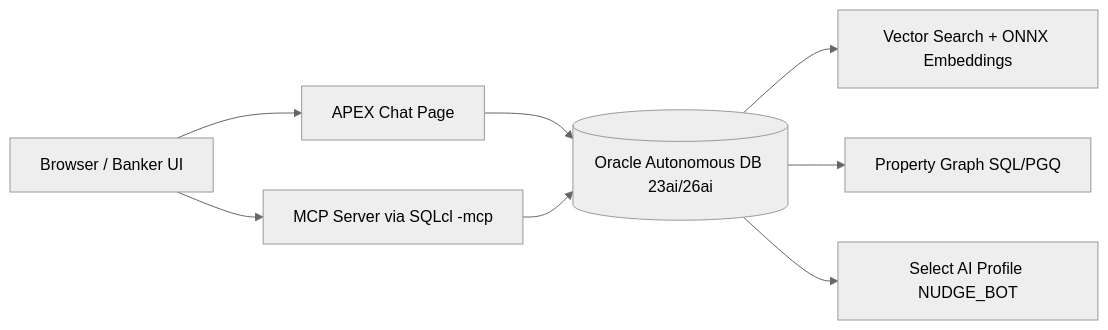
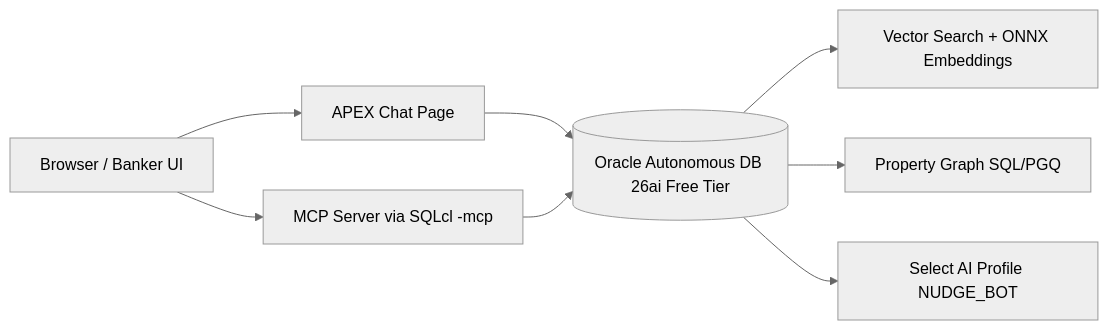
One commit to scriptautomation123/oracle-26ai-learning changed the diagram in README.md. Above: the diagram before and after it, drawn with Mermaid (neutral theme). The commit also changed other lines of this file and 2 other files, not shown here.

First line of the commit message:
docs: align project docs to 26ai free tier positioning

````diff
--- a/README.md
+++ b/README.md
@@ -9,18 +9,18 @@
 ```mermaid
 flowchart LR
     Browser[Browser / Banker UI]
     APEX[APEX Chat Page]
     MCP[MCP Server via SQLcl -mcp]
-    ADB[(Oracle Autonomous DB 23ai/26ai)]
+    ADB[(Oracle Autonomous DB 26ai Free Tier)]
     V[Vector Search + ONNX Embeddings]
     G[Property Graph SQL/PGQ]
     S[Select AI Profile NUDGE_BOT]
 
     Browser --> APEX
     Browser --> MCP
     APEX --> ADB
     MCP --> ADB
     ADB --> V
     ADB --> G
     ADB --> S
 ```
````
